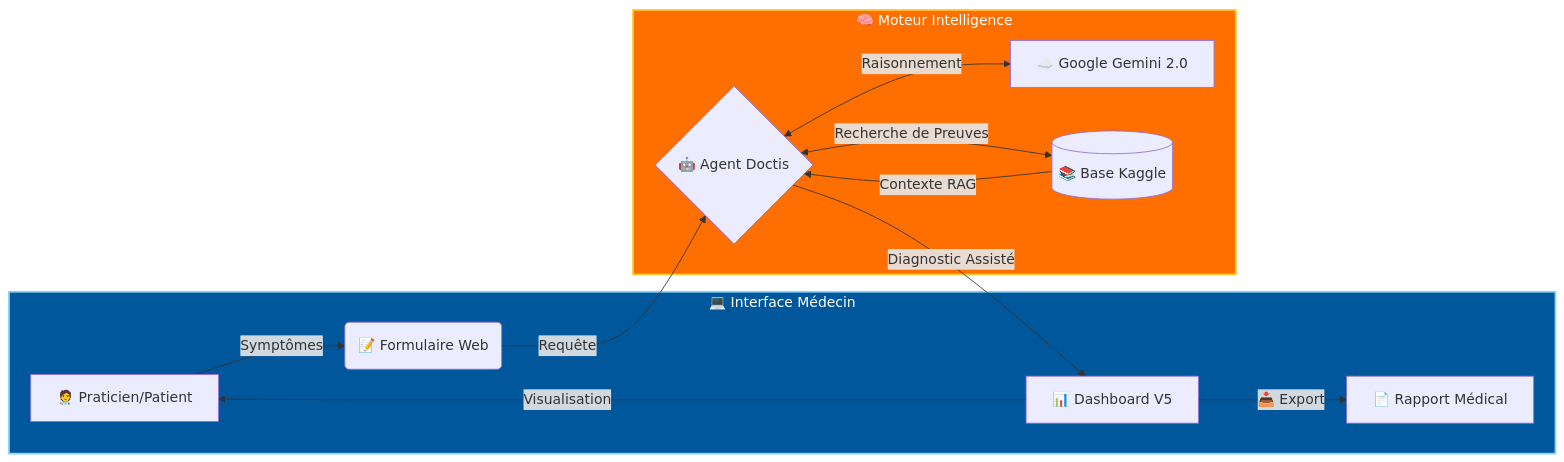
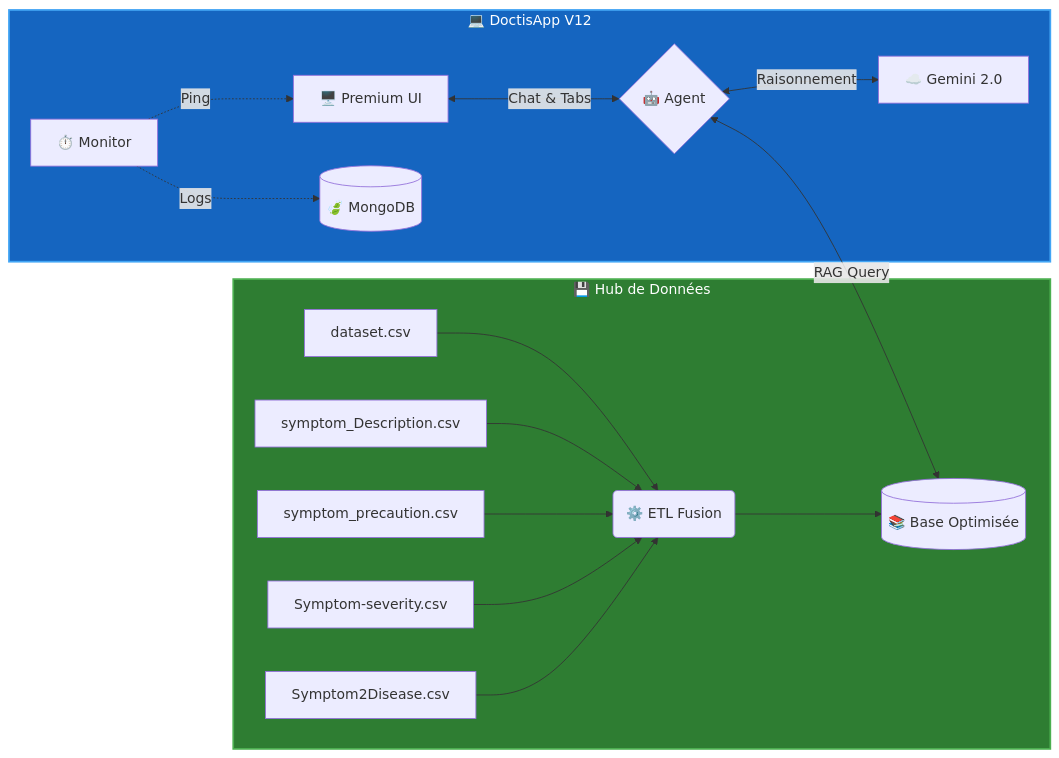
Before and after one commit to Adam-Blf/Projet-IA-Generative-Doctis-AI-mo: the first of 2 diagrams in README.md, drawn with Mermaid. The commit also changed other lines of this file, not shown here.

Commit message:
Docs: Update README Architecture Diagram and Logic for V12.0

````diff
--- a/README.md
+++ b/README.md
@@ -69,19 +69,19 @@
 ```mermaid
 graph LR
-    subgraph Client [💻 Interface Médecin]
-        A[🧑‍⚕️ Praticien/Patient] -->|Symptômes| B(📝 Formulaire Web);
-        E[📊 Dashboard V5] -->|Visualisation| A;
-        E -->|📥 Export| F[📄 Rapport Médical];
+    subgraph Data [💾 Hub de Données]
+        D1[dataset.csv] & D2[symptom_Description.csv] & D3[symptom_precaution.csv] --> ETL(⚙️ ETL Fusion);
+        D4[Symptom-severity.csv] & D5[Symptom2Disease.csv] --> ETL;
+        ETL --> KB[(📚 Base Optimisée)];
+    end
+
+    subgraph App [💻 DoctisApp V12]
+        UI[🖥️ Premium UI] <-->|Chat & Tabs| A{🤖 Agent};
+        A <-->|Raisonnement| G[☁️ Gemini 2.0];
+        A <-->|RAG Query| KB;
+        M[⏱️ Monitor] -.->|Ping| UI;
+        M -.->|Logs| DB[(🍃 MongoDB)];
     end
     
-    subgraph Core [🧠 Moteur Intelligence]
-        B -->|Requête| C{🤖 Agent Doctis};
-        C <-->|Raisonnement| D[☁️ Google Gemini 2.0];
-        C <-->|Recherche de Preuves| K[(📚 Base Kaggle)];
-        K -->|Contexte RAG| C;
-        C -->|Diagnostic Assisté| E;
-    end
-    
-    style Client fill:#01579b,stroke:#81d4fa,stroke-width:2px,color:#fff
-    style Core fill:#ff6f00,stroke:#ffca28,stroke-width:2px,color:#fff
+    style Data fill:#2e7d32,stroke:#4caf50,stroke-width:2px,color:#fff
+    style App fill:#1565c0,stroke:#42a5f5,stroke-width:2px,color:#fff
 ```
````
